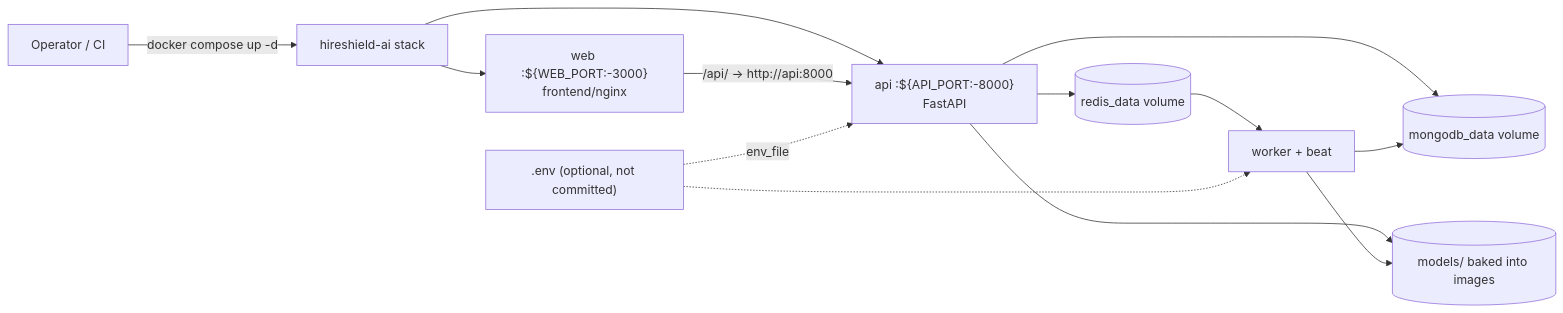
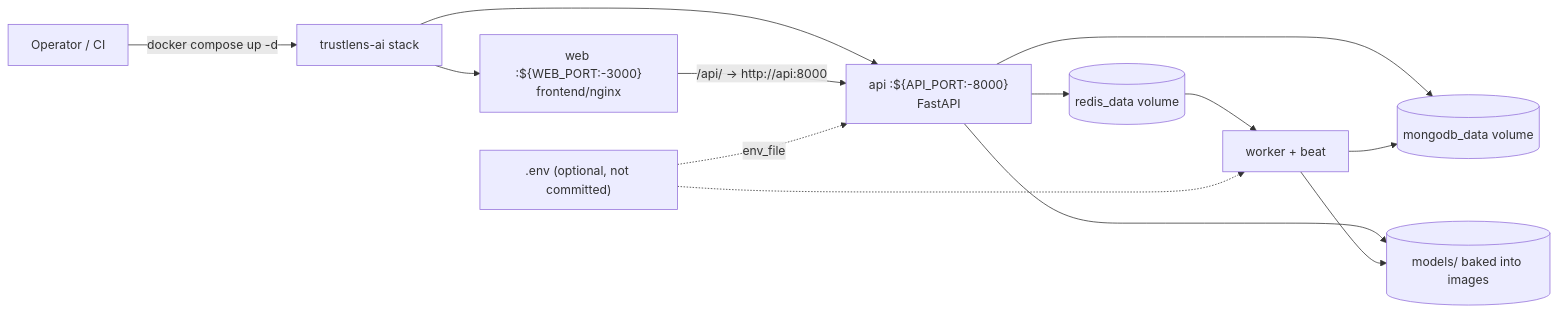
Before and after one commit to Sanukrrajput/trustlens-ai: the fifth of 5 diagrams in docs/ARCHITECTURE.md, drawn with Mermaid. The commit also changed other lines of this file and 116 other files, not shown here.

````diff
--- a/docs/ARCHITECTURE.md
+++ b/docs/ARCHITECTURE.md
@@ -186,15 +186,15 @@
 ```mermaid
 flowchart LR
-    HOST["Operator / CI"] -->|"docker compose up -d"| STACK["hireshield-ai stack"]
+    HOST["Operator / CI"] -->|"docker compose up -d"| STACK["trustlens-ai stack"]
     STACK --> WEB["web :${WEB_PORT:-3000}<br/>frontend/nginx"]
     STACK --> APIP["api :${API_PORT:-8000}<br/>FastAPI"]
     WEB -->|"/api/ -> http://api:8000"| APIP
     APIP --> MONGOV[("mongodb_data volume")]
     APIP --> REDISV[("redis_data volume")]
     REDISV --> WORK["worker + beat"]
     WORK --> MONGOV
     APIP --> MODEL[("models/ baked into images")]
     WORK --> MODEL
     ENV[".env (optional, not committed)"] -.->|"env_file"| APIP
     ENV -.-> WORK
 ```
````
